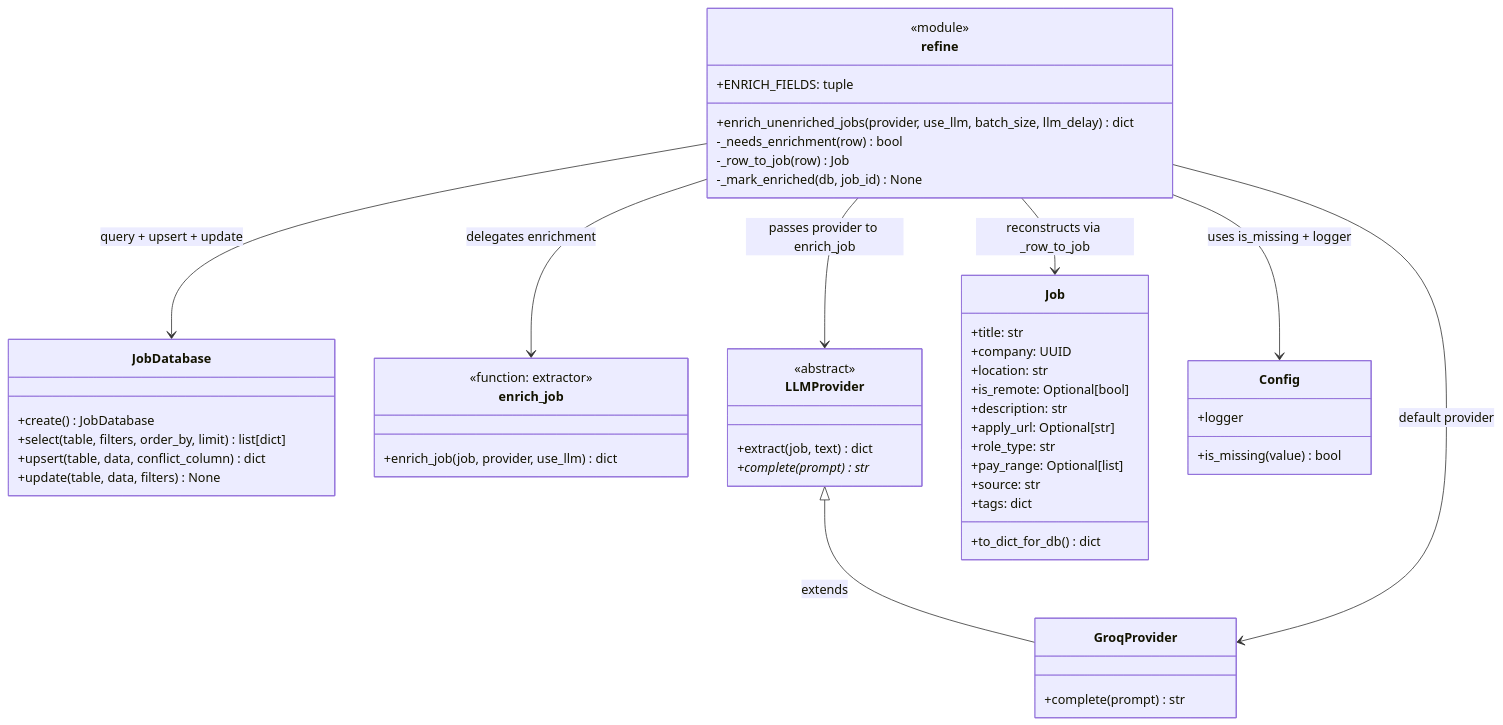
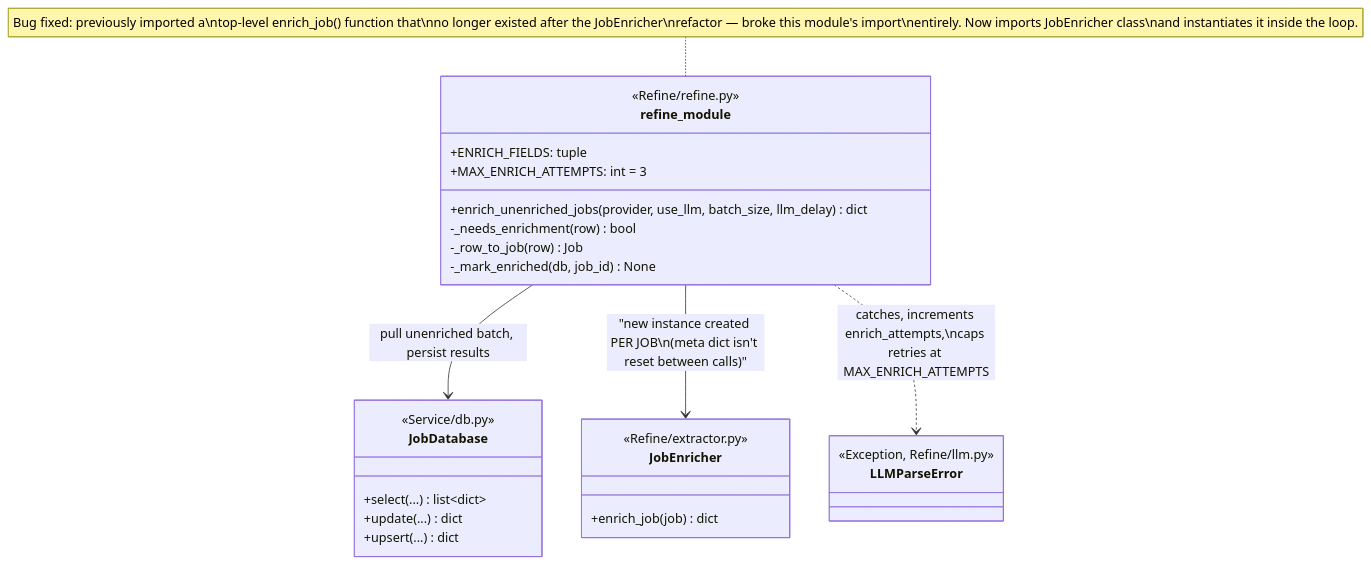
Before and after one commit to AustinDwomoh/libra: the diagram in docs/diagrams/refine_class.md, drawn with Mermaid. The commit also changed 9 other files, not shown here.

First line of the commit message:
Instantiate JobEnricher once; refresh diagrams

````diff
--- a/docs/diagrams/refine_class.md
+++ b/docs/diagrams/refine_class.md
@@ -1,62 +1,35 @@
 ```mermaid
-%% classDiagram — refine module functions and relationships
+%% classDiagram — refine.py module-level batch enrichment (no class, but shown as a unit)
 classDiagram
-    class refine {
-        <<module>>
+    class refine_module {
+        <<Refine/refine.py>>
         +ENRICH_FIELDS: tuple
+        +MAX_ENRICH_ATTEMPTS: int = 3
         +enrich_unenriched_jobs(provider, use_llm, batch_size, llm_delay) dict
         -_needs_enrichment(row) bool
         -_row_to_job(row) Job
         -_mark_enriched(db, job_id) None
     }
 
-    class JobDatabase {
-        +create() JobDatabase
-        +select(table, filters, order_by, limit) list[dict]
-        +upsert(table, data, conflict_column) dict
-        +update(table, data, filters) None
+    class JobEnricher {
+        <<Refine/extractor.py>>
+        +enrich_job(job) dict
     }
 
-    class enrich_job {
-        <<function: extractor>>
-        +enrich_job(job, provider, use_llm) dict
+    class JobDatabase {
+        <<Service/db.py>>
+        +select(...) list~dict~
+        +update(...) dict
+        +upsert(...) dict
     }
 
-    class LLMProvider {
-        <<abstract>>
-        +extract(job, text) dict
-        +complete(prompt) str*
+    class LLMParseError {
+        <<Exception, Refine/llm.py>>
     }
 
-    class GroqProvider {
-        +complete(prompt) str
-    }
+    refine_module --> JobDatabase : pull unenriched batch, persist results
+    refine_module --> JobEnricher : "new instance created PER JOB\n(meta dict isn't reset between calls)"
+    refine_module ..> LLMParseError : catches, increments enrich_attempts,\ncaps retries at MAX_ENRICH_ATTEMPTS
 
-    class Job {
-        +title: str
-        +company: UUID
-        +location: str
-        +is_remote: Optional[bool]
-        +description: str
-        +apply_url: Optional[str]
-        +role_type: str
-        +pay_range: Optional[list]
-        +source: str
-        +tags: dict
-        +to_dict_for_db() dict
-    }
-
-    class Config {
-        +is_missing(value) bool
-        +logger
-    }
-
-    LLMProvider <|-- GroqProvider : extends
-    refine --> JobDatabase : query + upsert + update
-    refine --> enrich_job : delegates enrichment
-    refine --> LLMProvider : passes provider to enrich_job
-    refine --> GroqProvider : default provider
-    refine --> Job : reconstructs via _row_to_job
-    refine --> Config : uses is_missing + logger
-
+    note for refine_module "Bug fixed: previously imported a\ntop-level enrich_job() function that\nno longer existed after the JobEnricher\nrefactor — broke this module's import\nentirely. Now imports JobEnricher class\nand instantiates it inside the loop."
 ```
````
